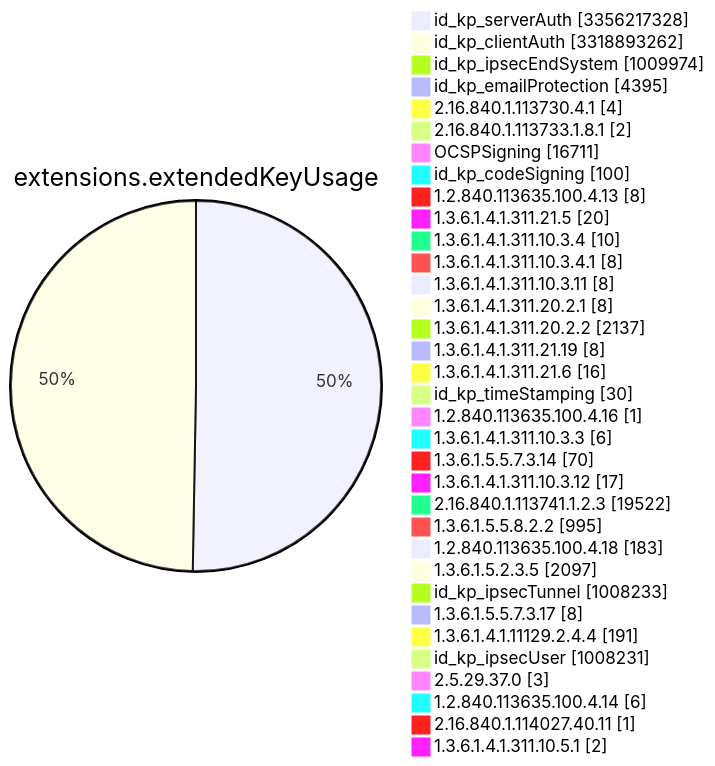
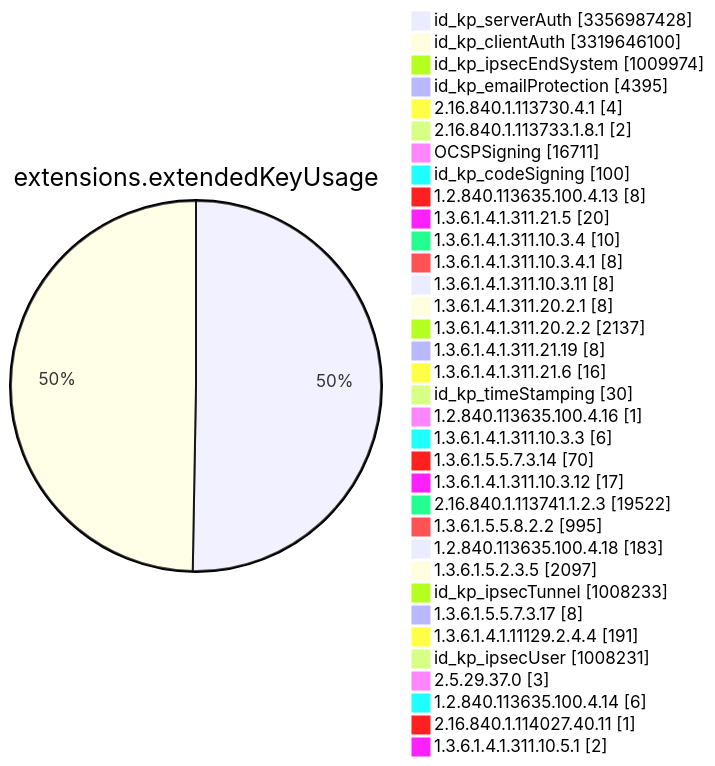
Diagram 11 of 15 in TOTAL/README.md (christiankrug/ctmonitor_visualization), drawn with Mermaid before and after one commit. The commit also changed other lines of this file, not shown here.

````diff
--- a/TOTAL/README.md
+++ b/TOTAL/README.md
@@ -4120,38 +4120,38 @@
 ```mermaid
 pie showData
 title extensions.extendedKeyUsage
-"id_kp_serverAuth" :3356217328
-"id_kp_clientAuth" :3318893262
+"id_kp_serverAuth" :3356987428
+"id_kp_clientAuth" :3319646100
 "id_kp_ipsecEndSystem" :1009974
 "id_kp_emailProtection" :4395
 "2.16.840.1.113730.4.1" :4
 "2.16.840.1.113733.1.8.1" :2
 "OCSPSigning" :16711
 "id_kp_codeSigning" :100
 "1.2.840.113635.100.4.13" :8
 "1.3.6.1.4.1.311.21.5" :20
 "1.3.6.1.4.1.311.10.3.4" :10
 "1.3.6.1.4.1.311.10.3.4.1" :8
 "1.3.6.1.4.1.311.10.3.11" :8
 "1.3.6.1.4.1.311.20.2.1" :8
 "1.3.6.1.4.1.311.20.2.2" :2137
 "1.3.6.1.4.1.311.21.19" :8
 "1.3.6.1.4.1.311.21.6" :16
 "id_kp_timeStamping" :30
 "1.2.840.113635.100.4.16" :1
 "1.3.6.1.4.1.311.10.3.3" :6
 "1.3.6.1.5.5.7.3.14" :70
 "1.3.6.1.4.1.311.10.3.12" :17
 "2.16.840.1.113741.1.2.3" :19522
 "1.3.6.1.5.5.8.2.2" :995
 "1.2.840.113635.100.4.18" :183
 "1.3.6.1.5.2.3.5" :2097
 "id_kp_ipsecTunnel" :1008233
 "1.3.6.1.5.5.7.3.17" :8
 "1.3.6.1.4.1.11129.2.4.4" :191
 "id_kp_ipsecUser" :1008231
 "2.5.29.37.0" :3
 "1.2.840.113635.100.4.14" :6
 "2.16.840.1.114027.40.11" :1
 "1.3.6.1.4.1.311.10.5.1" :2
 ```
````
